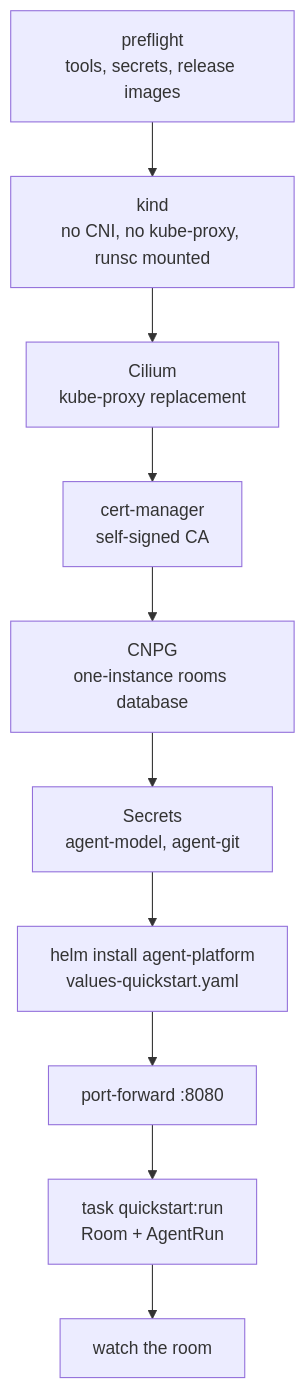
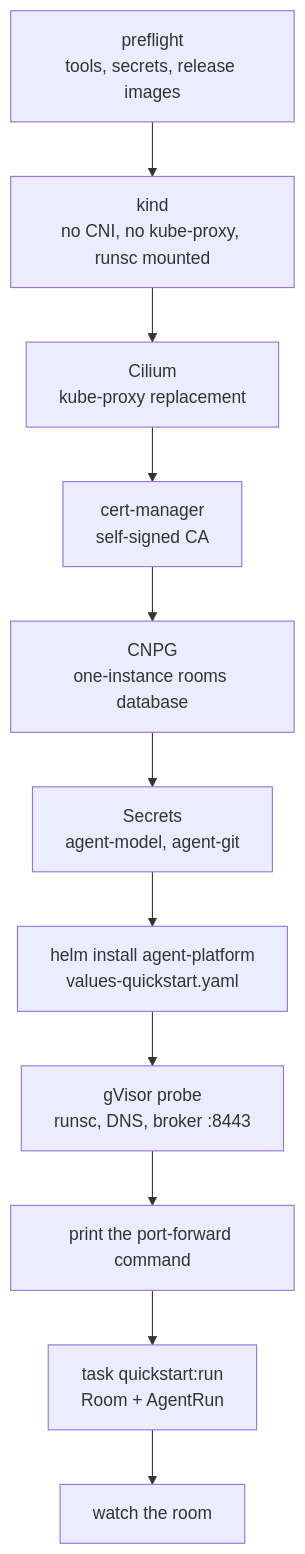
One commit to Smana/agent-platform changed the diagram in docs/quickstart.md. Above: the diagram before and after it, drawn with Mermaid. The commit also changed other lines of this file and 7 other files, not shown here.

````diff
--- a/docs/quickstart.md
+++ b/docs/quickstart.md
@@ -22,8 +22,8 @@
 ```mermaid
 flowchart TD
   P["preflight<br/>tools, secrets, release images"] --> K["kind<br/>no CNI, no kube-proxy, runsc mounted"]
   K --> C["Cilium<br/>kube-proxy replacement"] --> M["cert-manager<br/>self-signed CA"]
   M --> N["CNPG<br/>one-instance rooms database"] --> S["Secrets<br/>agent-model, agent-git"]
   S --> H["helm install agent-platform<br/>values-quickstart.yaml"]
-  H --> F["port-forward :8080"] --> R["task quickstart:run<br/>Room + AgentRun"] --> W["watch the room"]
+  H --> G["gVisor probe<br/>runsc, DNS, broker :8443"] --> F["print the port-forward command"] --> R["task quickstart:run<br/>Room + AgentRun"] --> W["watch the room"]
 ```
````
